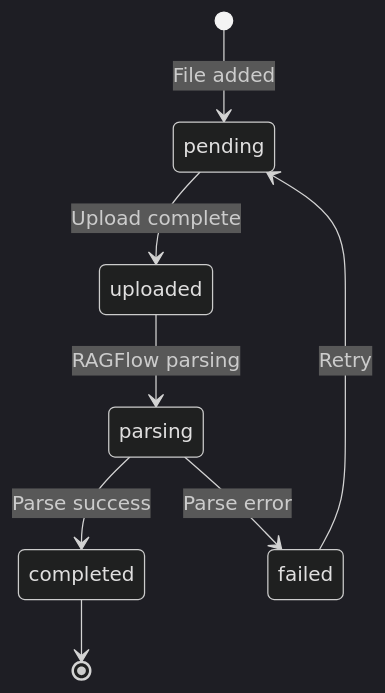
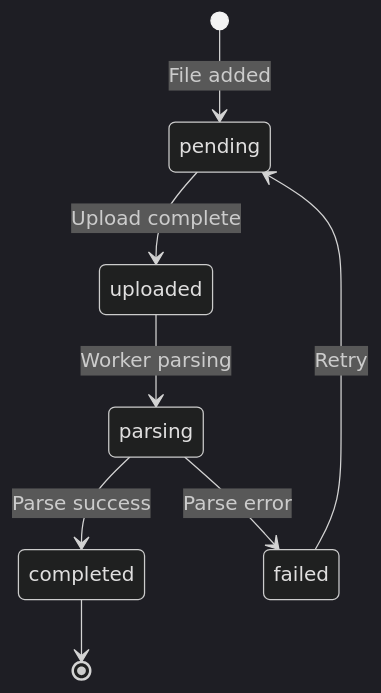
Before and after one commit to b-knowledge-solution/b-knowledge: the third of 4 diagrams in docs/basic-design/database/database-design-projects.md, drawn with Mermaid (dark theme). The commit also changed other lines of this file and 83 other files, not shown here.

````diff
--- a/docs/basic-design/database/database-design-projects.md
+++ b/docs/basic-design/database/database-design-projects.md
@@ -181,10 +183,10 @@
 ```mermaid
 stateDiagram-v2
     [*] --> pending: File added
     pending --> uploaded: Upload complete
-    uploaded --> parsing: RAGFlow parsing
+    uploaded --> parsing: Worker parsing
     parsing --> completed: Parse success
     parsing --> failed: Parse error
     failed --> pending: Retry
     completed --> [*]
 ```
````
